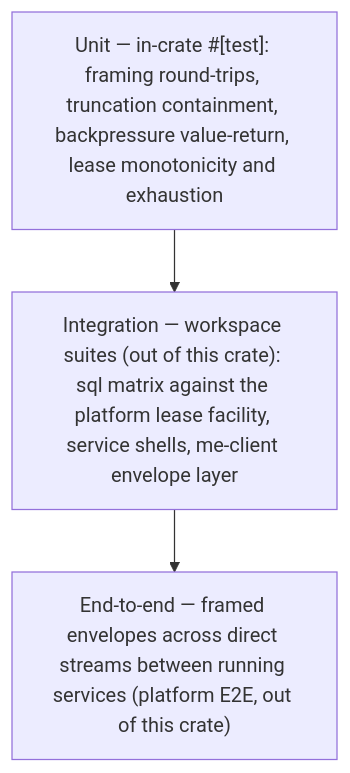
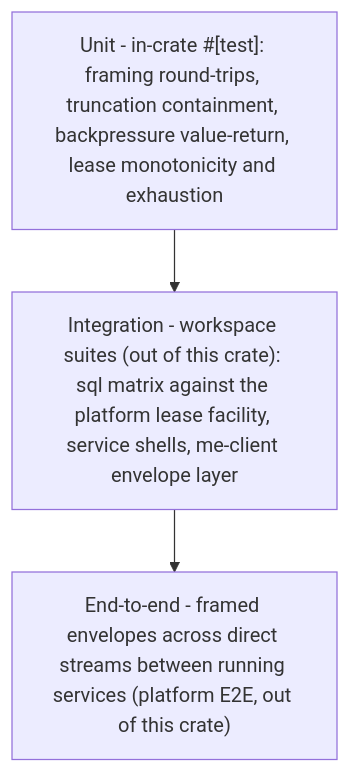
Before and after one commit to Exchange8-dev/exchange8-sdk: the ninth of 9 diagrams in crates/wire/DESIGN.md, drawn with Mermaid. The commit also changed other lines of this file and 60 other files, not shown here.

````diff
--- a/crates/wire/DESIGN.md
+++ b/crates/wire/DESIGN.md
@@ -428,7 +428,7 @@
 ```mermaid
 graph TD
-    U["Unit — in-crate #[test]: framing round-trips, truncation containment, backpressure value-return, lease monotonicity and exhaustion"]
-    I["Integration — workspace suites (out of this crate): sql matrix against the platform lease facility, service shells, me-client envelope layer"]
-    E["End-to-end — framed envelopes across direct streams between running services (platform E2E, out of this crate)"]
+    U["Unit - in-crate #[test]: framing round-trips, truncation containment, backpressure value-return, lease monotonicity and exhaustion"]
+    I["Integration - workspace suites (out of this crate): sql matrix against the platform lease facility, service shells, me-client envelope layer"]
+    E["End-to-end - framed envelopes across direct streams between running services (platform E2E, out of this crate)"]
     U --> I --> E
 ```
````
